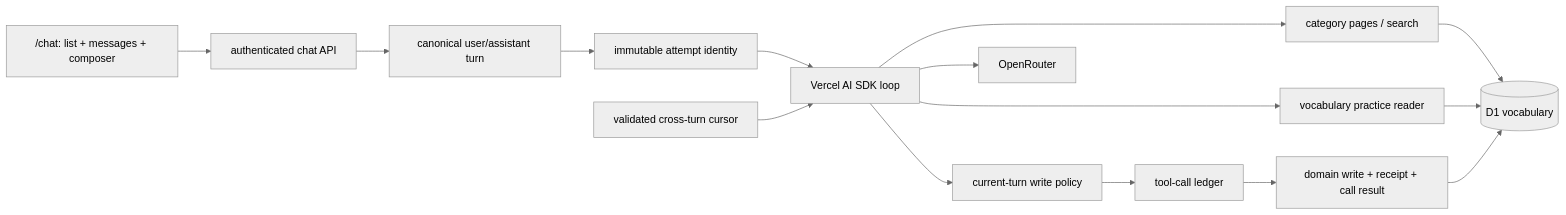
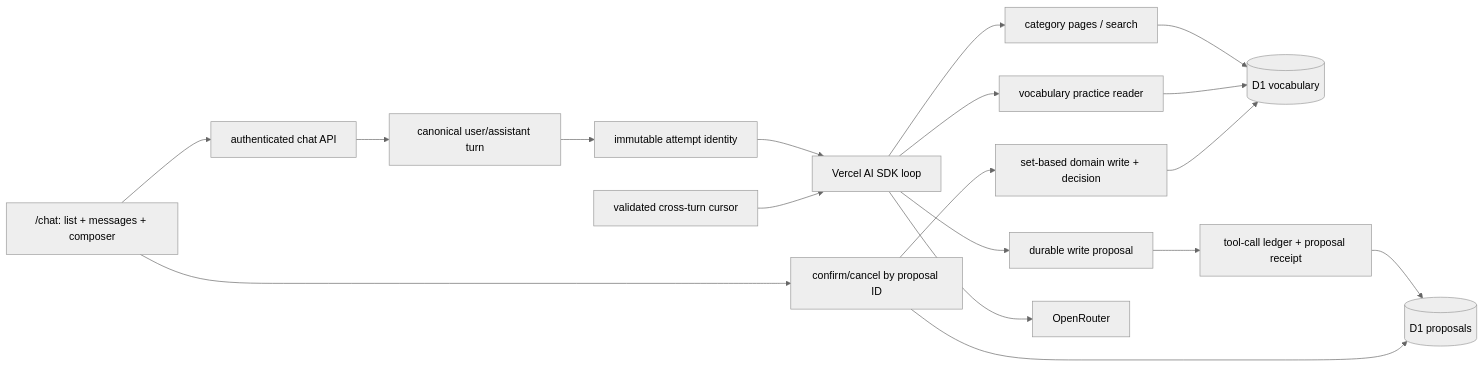
Before and after one commit to koreyba/ListenToLearn: the diagram in docs/ai/design/2026-08-29-feature-ai-vocabulary-practice-chat.md, drawn with Mermaid (neutral theme). The commit also changed other lines of this file and 34 other files, not shown here.

First line of the commit message:
feat(ai-chat): add confirmable vocabulary write proposals

````diff
--- a/docs/ai/design/2026-08-29-feature-ai-vocabulary-practice-chat.md
+++ b/docs/ai/design/2026-08-29-feature-ai-vocabulary-practice-chat.md
@@ -15,17 +15,20 @@
 ```mermaid
 flowchart LR
   UI["/chat: list + messages + composer"] --> API["authenticated chat API"]
   API --> Turn["canonical user/assistant turn"]
   Turn --> Attempt["immutable attempt identity"]
   Attempt --> SDK["Vercel AI SDK loop"]
   SDK --> Read["category pages / search"]
   Continuation["validated cross-turn cursor"] --> SDK
   SDK --> Context["vocabulary practice reader"]
-  SDK --> Guard["current-turn write policy"]
+  SDK --> Proposal["durable write proposal"]
   Read --> Vocabulary[(D1 vocabulary)]
   Context --> Vocabulary
-  Guard --> Ledger["tool-call ledger"]
-  Ledger --> Batch["domain write + receipt + call result"]
+  Proposal --> Ledger["tool-call ledger + proposal receipt"]
+  Ledger --> ProposalStore[(D1 proposals)]
+  UI --> Confirm["confirm/cancel by proposal ID"]
+  Confirm --> ProposalStore
+  Confirm --> Batch["set-based domain write + decision"]
   Batch --> Vocabulary
   SDK --> OpenRouter
 ```
````
